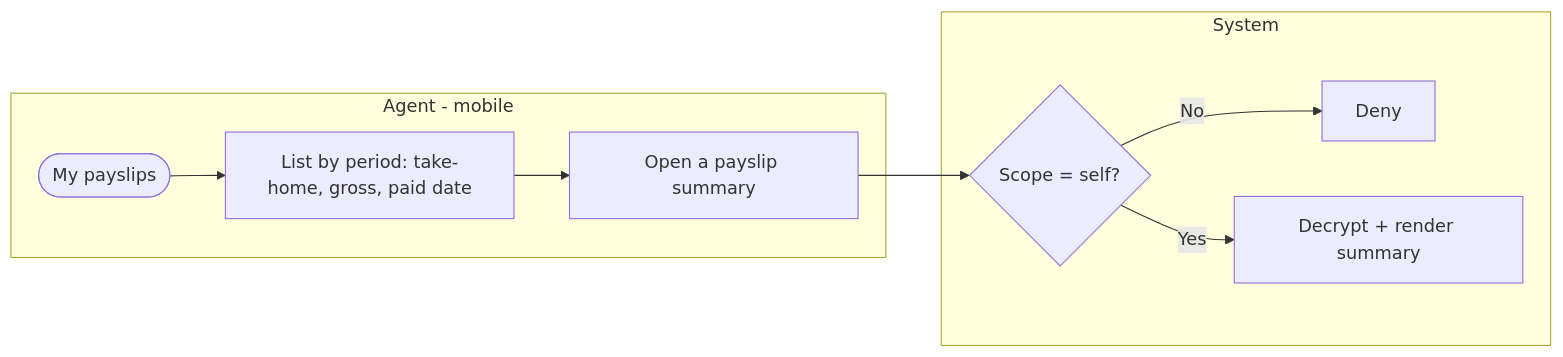
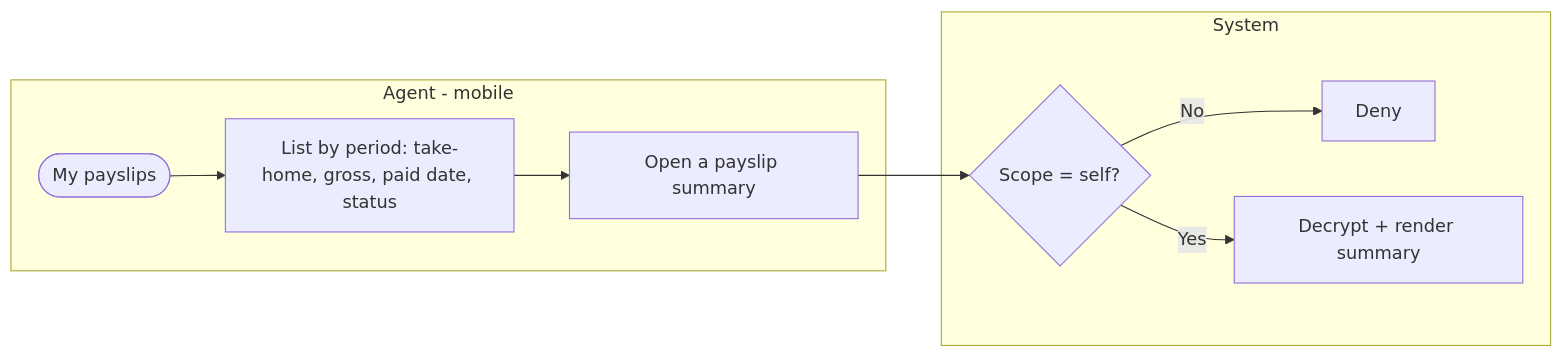
One commit to hariszaki17/hris-outsource changed the second of 5 diagrams in docs/epics/E8-payroll/FEATURE.md. Above: the diagram before and after it, drawn with Mermaid. The commit also changed other lines of this file and 79 other files, not shown here.

````diff
--- a/docs/epics/E8-payroll/FEATURE.md
+++ b/docs/epics/E8-payroll/FEATURE.md
@@ -87,12 +157,12 @@
 ```mermaid
 flowchart LR
     subgraph AG[Agent - mobile]
-        A1([My payslips]) --> A2[List by period: take-home, gross, paid date]
+        A1([My payslips]) --> A2[List by period: take-home, gross, paid date, status]
         A2 --> A3[Open a payslip summary]
     end
     subgraph SYS[System]
         A3 --> S1{Scope = self?}
         S1 -- No --> S2[Deny]
         S1 -- Yes --> S3[Decrypt + render summary]
     end
 ```
````
